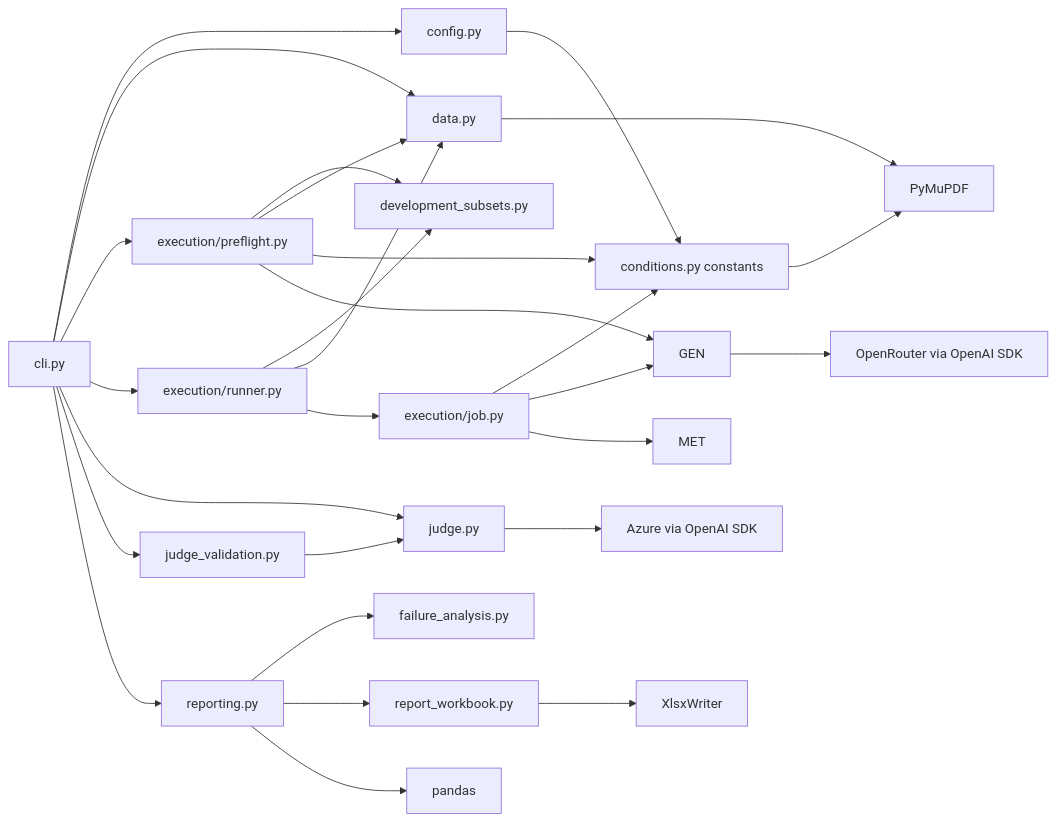
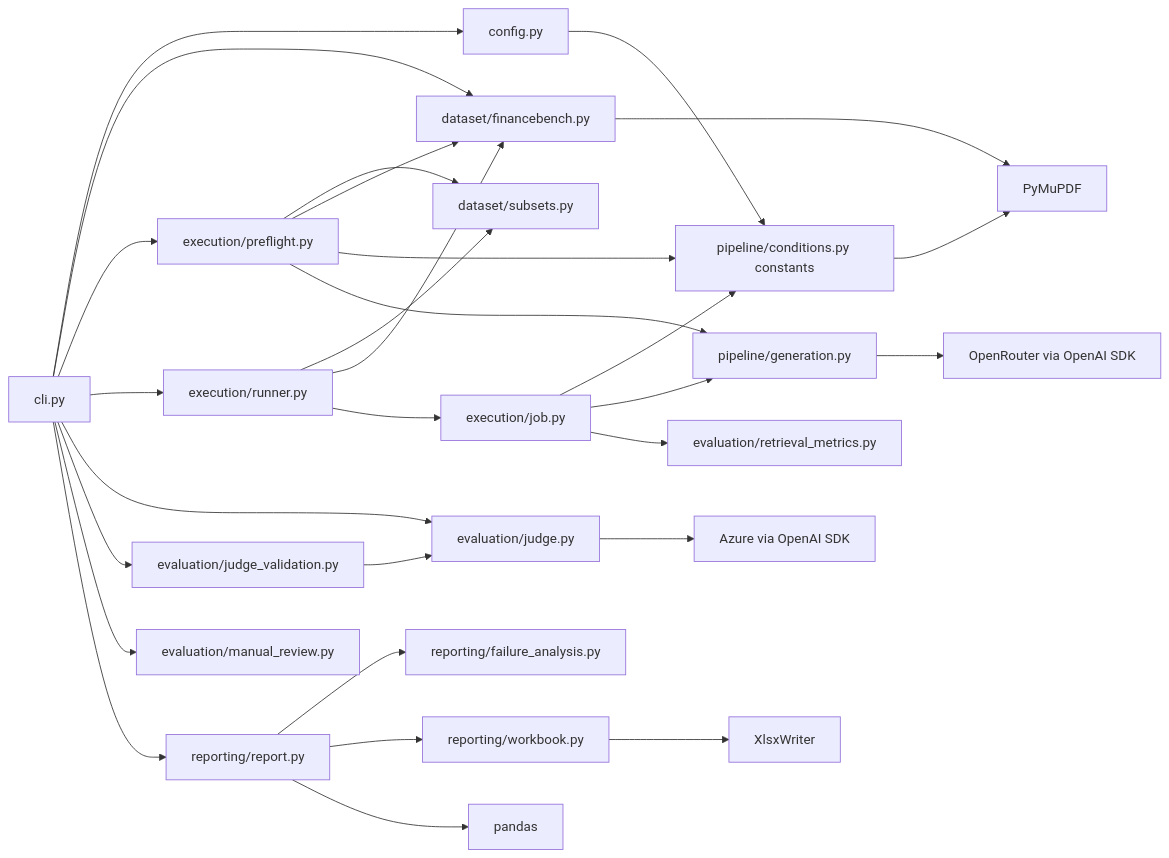
One commit to 14zhasim/Agentic_RAG changed the second of 11 diagrams in docs sys design/benchmark/FinanceBench Implementation Guide.md. Above: the diagram before and after it, drawn with Mermaid. The commit also changed other lines of this file and 31 other files, not shown here.

````diff
--- a/docs sys design/benchmark/FinanceBench Implementation Guide.md
+++ b/docs sys design/benchmark/FinanceBench Implementation Guide.md
@@ -183,30 +196,31 @@
 ```mermaid
 flowchart LR
     CLI[cli.py] --> CONFIG[config.py]
-    CLI[cli.py] --> DATA[data.py]
+    CLI[cli.py] --> DATA[dataset/financebench.py]
     CLI --> PREFLIGHT[execution/preflight.py]
     CLI --> RUN[execution/runner.py]
-    CLI --> JUDGE[judge.py]
-    CLI --> JV[judge_validation.py]
-    CLI --> REPORT[reporting.py]
-    REPORT --> FAILURE[failure_analysis.py]
-    REPORT --> BOOK[report_workbook.py]
-    CONFIG --> COND[conditions.py constants]
-    PREFLIGHT --> SUBSET[development_subsets.py]
+    CLI --> JUDGE[evaluation/judge.py]
+    CLI --> JV[evaluation/judge_validation.py]
+    CLI --> REVIEW[evaluation/manual_review.py]
+    CLI --> REPORT[reporting/report.py]
+    REPORT --> FAILURE[reporting/failure_analysis.py]
+    REPORT --> BOOK[reporting/workbook.py]
+    CONFIG --> COND[pipeline/conditions.py constants]
+    PREFLIGHT --> SUBSET[dataset/subsets.py]
     RUN --> SUBSET
     PREFLIGHT --> DATA
     PREFLIGHT --> COND
-    PREFLIGHT --> GEN
+    PREFLIGHT --> GEN[pipeline/generation.py]
     RUN --> DATA
     RUN --> JOB[execution/job.py]
     JOB --> COND
     JOB --> GEN
-    JOB --> MET
+    JOB --> MET[evaluation/retrieval_metrics.py]
     COND --> PDF[PyMuPDF]
     DATA --> PDF
     GEN --> OR[OpenRouter via OpenAI SDK]
     JV --> JUDGE
     JUDGE --> AZ[Azure via OpenAI SDK]
     REPORT --> PD[pandas]
     BOOK --> XLSX[XlsxWriter]
 ```
````
